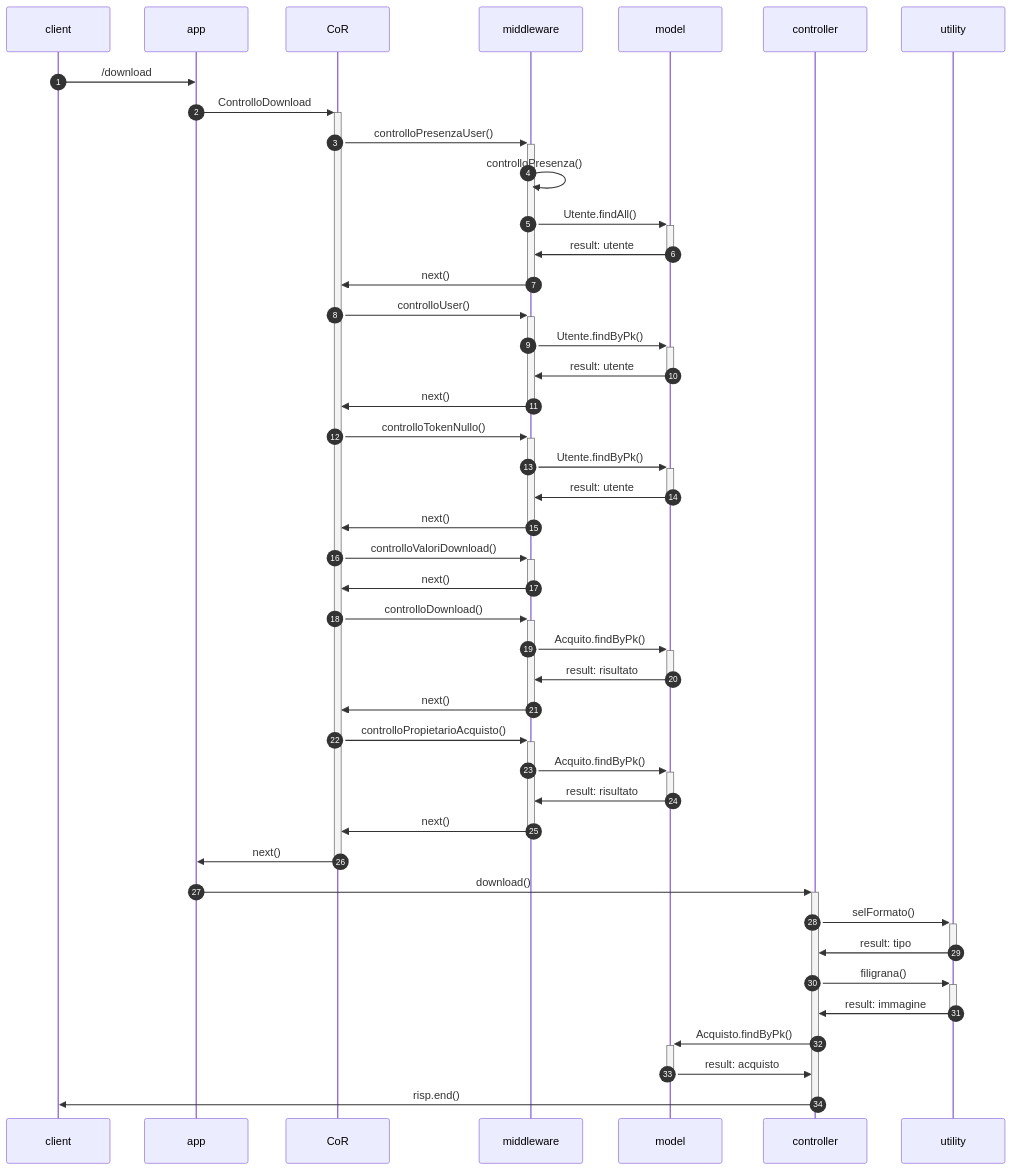
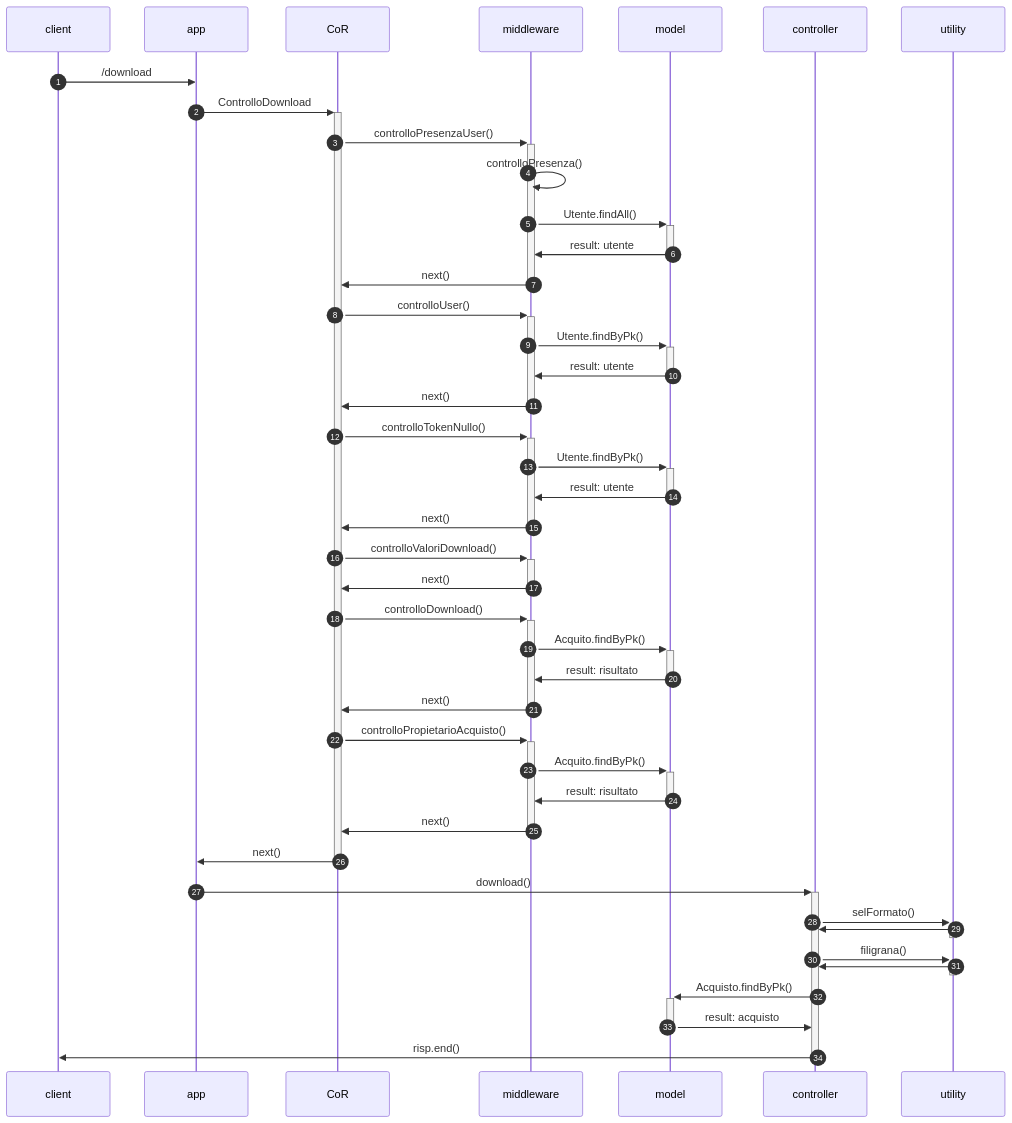
One commit to MargheritaGaleazzi/AcquistoBeniStorici-Progetto-PA changed the fifth of 13 diagrams in README.md. Above: the diagram before and after it, drawn with Mermaid. The commit also changed other lines of this file, not shown here.

````diff
--- a/README.md
+++ b/README.md
@@ -386,38 +386,38 @@
 ```mermaid
 sequenceDiagram
 autonumber
 client ->> app: /download
 app ->>+ CoR: ControlloDownload
 CoR ->>+ middleware: controlloPresenzaUser()
 middleware ->> middleware: controlloPresenza()
 middleware ->>+ model: Utente.findAll()
 model ->>- middleware: result: utente
 middleware ->>- CoR:  next()
 CoR ->>+ middleware: controlloUser()
 middleware ->>+ model: Utente.findByPk()
 model ->>- middleware: result: utente
 middleware ->>- CoR:  next()
 CoR ->>+ middleware: controlloTokenNullo()
 middleware ->>+ model: Utente.findByPk()
 model ->>- middleware: result: utente
 middleware ->>- CoR:  next()
 CoR ->>+ middleware: controlloValoriDownload()
 middleware ->>- CoR:  next()
 CoR ->>+ middleware: controlloDownload()
 middleware ->>+ model: Acquito.findByPk()
 model ->>- middleware: result: risultato
 middleware ->>- CoR:  next()
 CoR ->>+ middleware: controlloPropietarioAcquisto()
 middleware ->>+ model: Acquito.findByPk()
 model ->>- middleware: result: risultato
 middleware ->>- CoR:  next()
 CoR ->>- app : next()
 app ->>+ controller: download()
 controller ->>+ utility: selFormato()
-utility ->>- controller: result: tipo
+utility ->>- controller: 
 controller ->>+ utility: filigrana()
-utility ->>- controller: result: immagine
+utility ->>- controller: 
 controller ->>+ model : Acquisto.findByPk()
 model ->>- controller : result: acquisto
 controller ->>- client:  risp.end()
 ```
````
